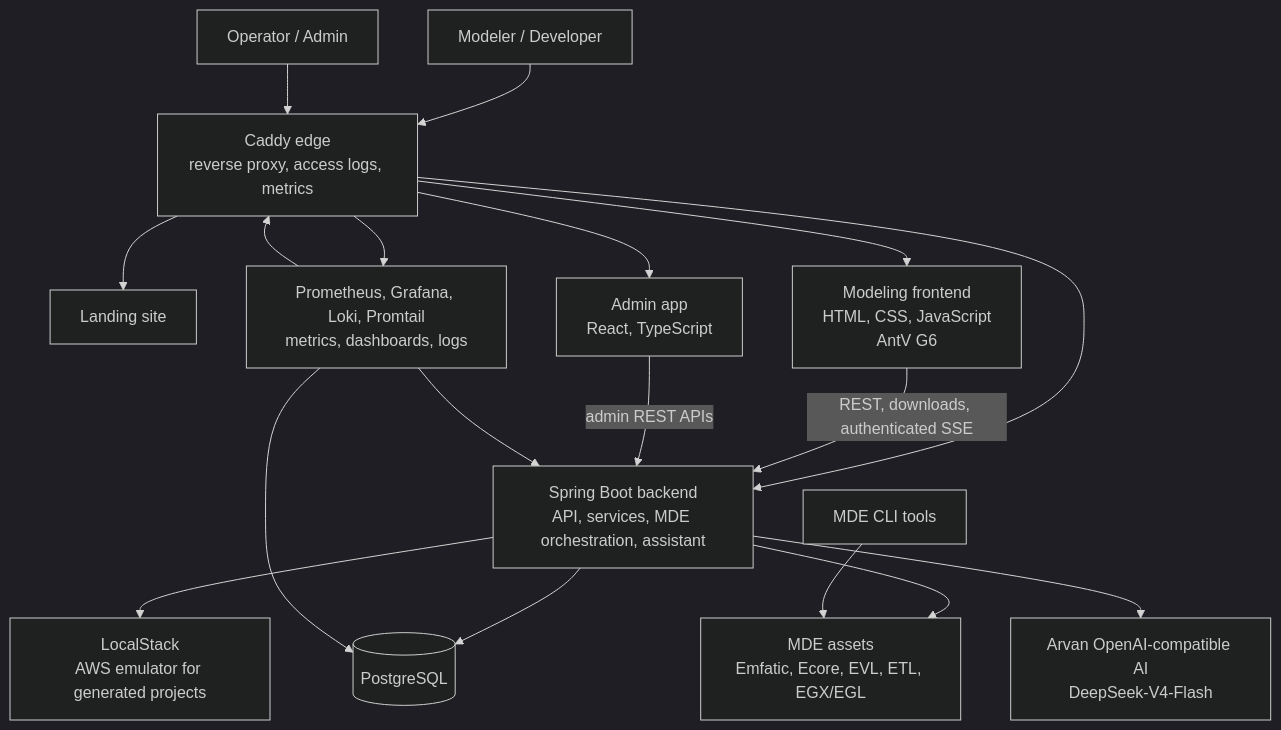
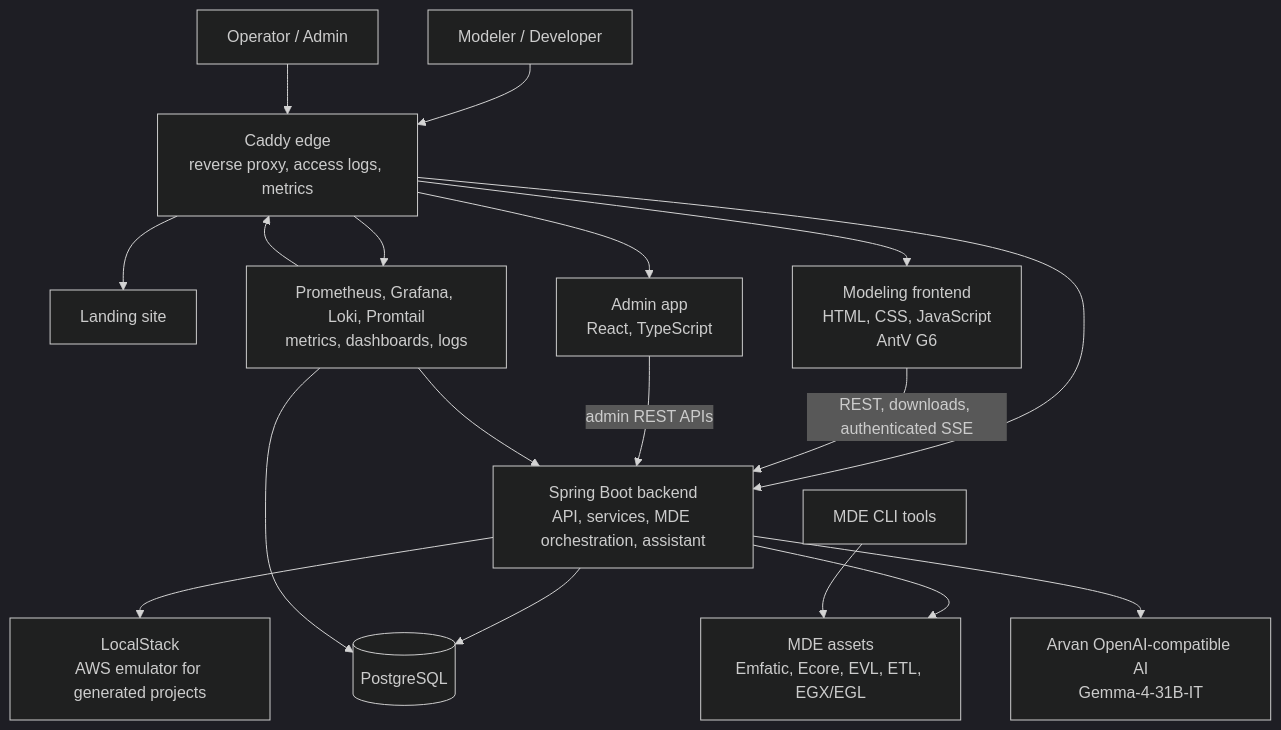
The diagram in docs/public-docs/docs/architecture/system.md (mehdieidi/modriss), drawn with Mermaid (dark theme) before and after one commit. The commit also changed 34 other files, not shown here.

````diff
--- a/docs/public-docs/docs/architecture/system.md
+++ b/docs/public-docs/docs/architecture/system.md
@@ -3,34 +3,34 @@
 ```mermaid
 flowchart TB
     User["Modeler / Developer"]
     Operator["Operator / Admin"]
     Caddy["Caddy edge<br/>reverse proxy, access logs, metrics"]
     Landing["Landing site"]
     Frontend["Modeling frontend<br/>HTML, CSS, JavaScript<br/>AntV G6"]
     Admin["Admin app<br/>React, TypeScript"]
     Backend["Spring Boot backend<br/>API, services, MDE orchestration, assistant"]
     DB[("PostgreSQL")]
     MDE["MDE assets<br/>Emfatic, Ecore, EVL, ETL, EGX/EGL"]
     Observability["Prometheus, Grafana, Loki, Promtail<br/>metrics, dashboards, logs"]
     LocalStack["LocalStack<br/>AWS emulator for generated projects"]
-    AI["Arvan OpenAI-compatible AI<br/>DeepSeek-V4-Flash"]
+    AI["Arvan OpenAI-compatible AI<br/>Gemma-4-31B-IT"]
     CLIs["MDE CLI tools"]
 
     User --> Caddy
     Operator --> Caddy
     Caddy --> Landing
     Caddy --> Frontend
     Caddy --> Admin
     Caddy --> Backend
     Caddy --> Observability
     Frontend -->|"REST, downloads, authenticated SSE"| Backend
     Admin -->|"admin REST APIs"| Backend
     Backend --> DB
     Backend --> MDE
     Backend --> LocalStack
     Backend --> AI
     Observability --> Backend
     Observability --> Caddy
     Observability --> DB
     CLIs --> MDE
 ```
````
